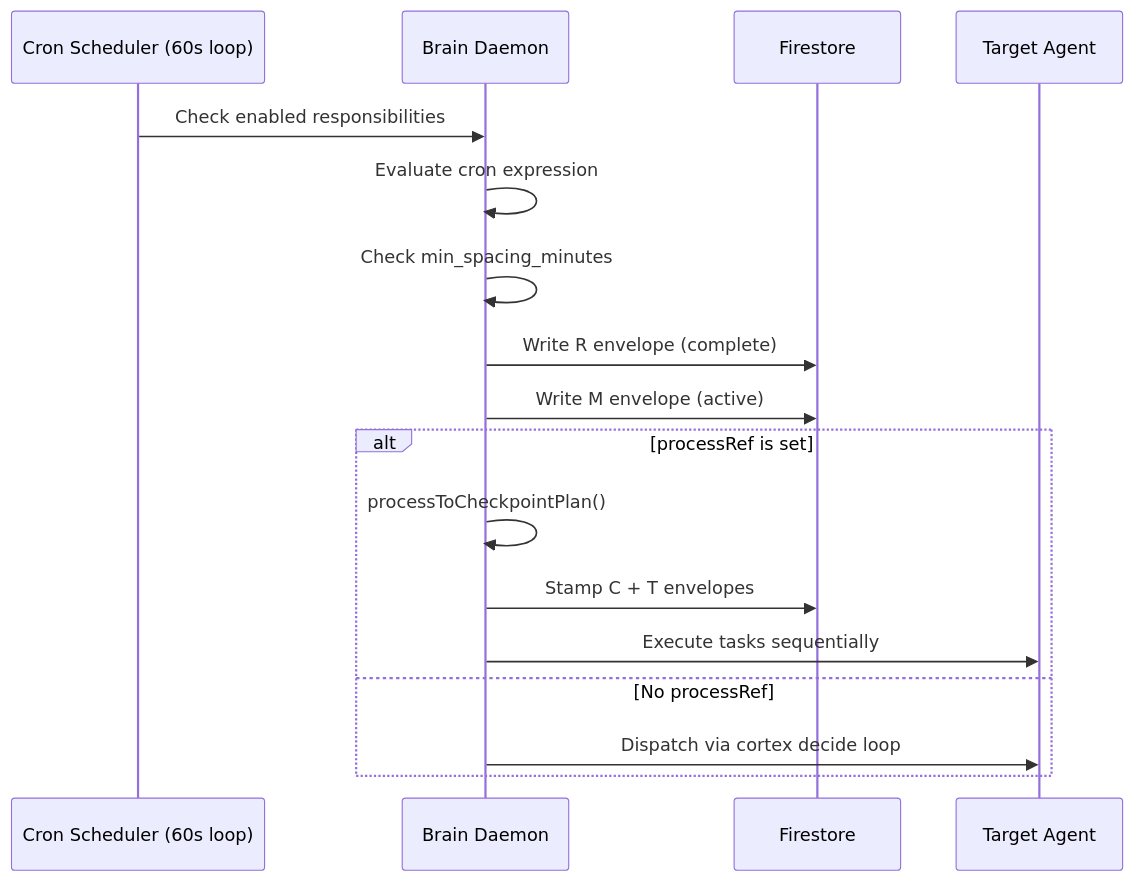
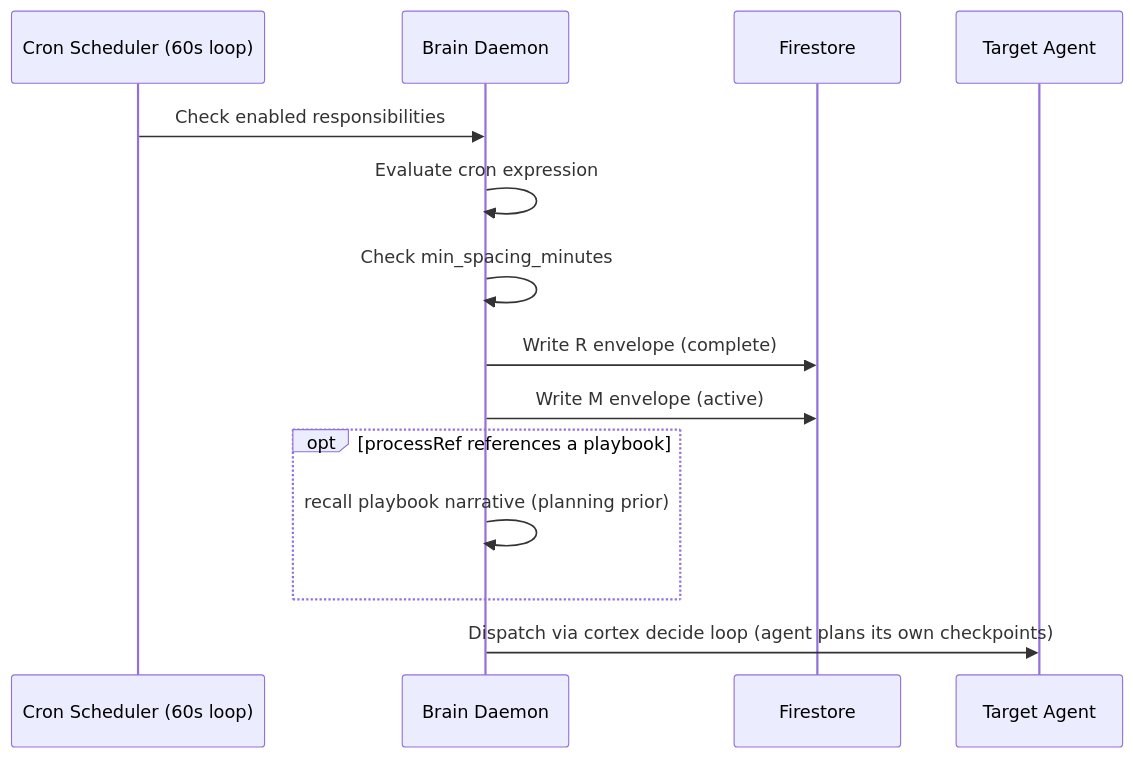
Before and after one commit to Tachin-ai-Corporation/architect-prime-gcp-agent: the first of 2 diagrams in docs/primitives/07-RESPONSIBILITY.md, drawn with Mermaid. The commit also changed other lines of this file and 20 other files, not shown here.

First line of the commit message:
v2026.08.14.6.12: process-as-narrative — canon, primitives, guides + RFC stamped

````diff
--- a/docs/primitives/07-RESPONSIBILITY.md
+++ b/docs/primitives/07-RESPONSIBILITY.md
@@ -87,21 +87,18 @@
 ```mermaid
 sequenceDiagram
     participant Cron as Cron Scheduler (60s loop)
     participant Brain as Brain Daemon
     participant FS as Firestore
     participant Agent as Target Agent
 
     Cron->>Brain: Check enabled responsibilities
     Brain->>Brain: Evaluate cron expression
     Brain->>Brain: Check min_spacing_minutes
     Brain->>FS: Write R envelope (complete)
     Brain->>FS: Write M envelope (active)
     
-    alt processRef is set
-        Brain->>Brain: processToCheckpointPlan()
-        Brain->>FS: Stamp C + T envelopes
-        Brain->>Agent: Execute tasks sequentially
-    else No processRef
-        Brain->>Agent: Dispatch via cortex decide loop
+    opt processRef references a playbook
+        Brain->>Brain: recall playbook narrative (planning prior)
     end
+    Brain->>Agent: Dispatch via cortex decide loop (agent plans its own checkpoints)
 ```
````
